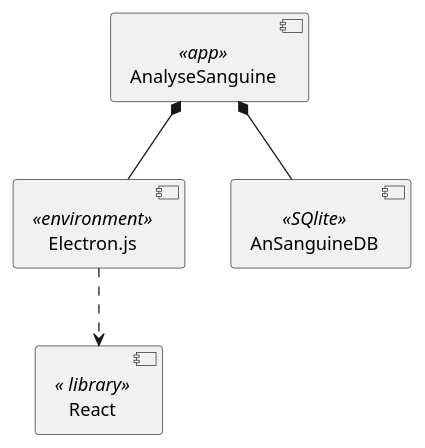
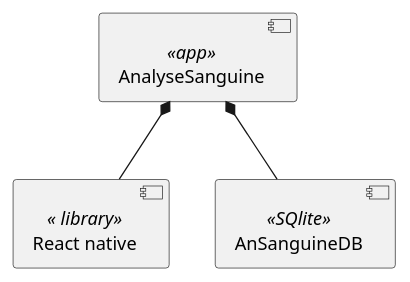
Before and after one commit to MainKarl/Rooftop: the first of 2 diagrams in Docs/Analyse_Sanguine/2_Solution/Composantes.md, drawn with PlantUML. The commit also changed other lines of this file and 2 other files, not shown here.

Commit message:
Correction de diagramme

````diff
--- a/Docs/Analyse_Sanguine/2_Solution/Composantes.md
+++ b/Docs/Analyse_Sanguine/2_Solution/Composantes.md
@@ -3,15 +3,13 @@
 ```plantuml
 @startuml
 top to bottom direction
 
     component "AnalyseSanguine" << app >> as AS
-    component "React" << library >> as RE
-    component "Electron.js" << environment >> as DL
+    component "React native" << library >> as RE
     component "AnSanguineDB" << SQlite >> as ASDB
 
-    DL ..> RE
-    AS *-- DL
+    AS *-- RE
     AS *-- ASDB
 
 @enduml
 ```
````
